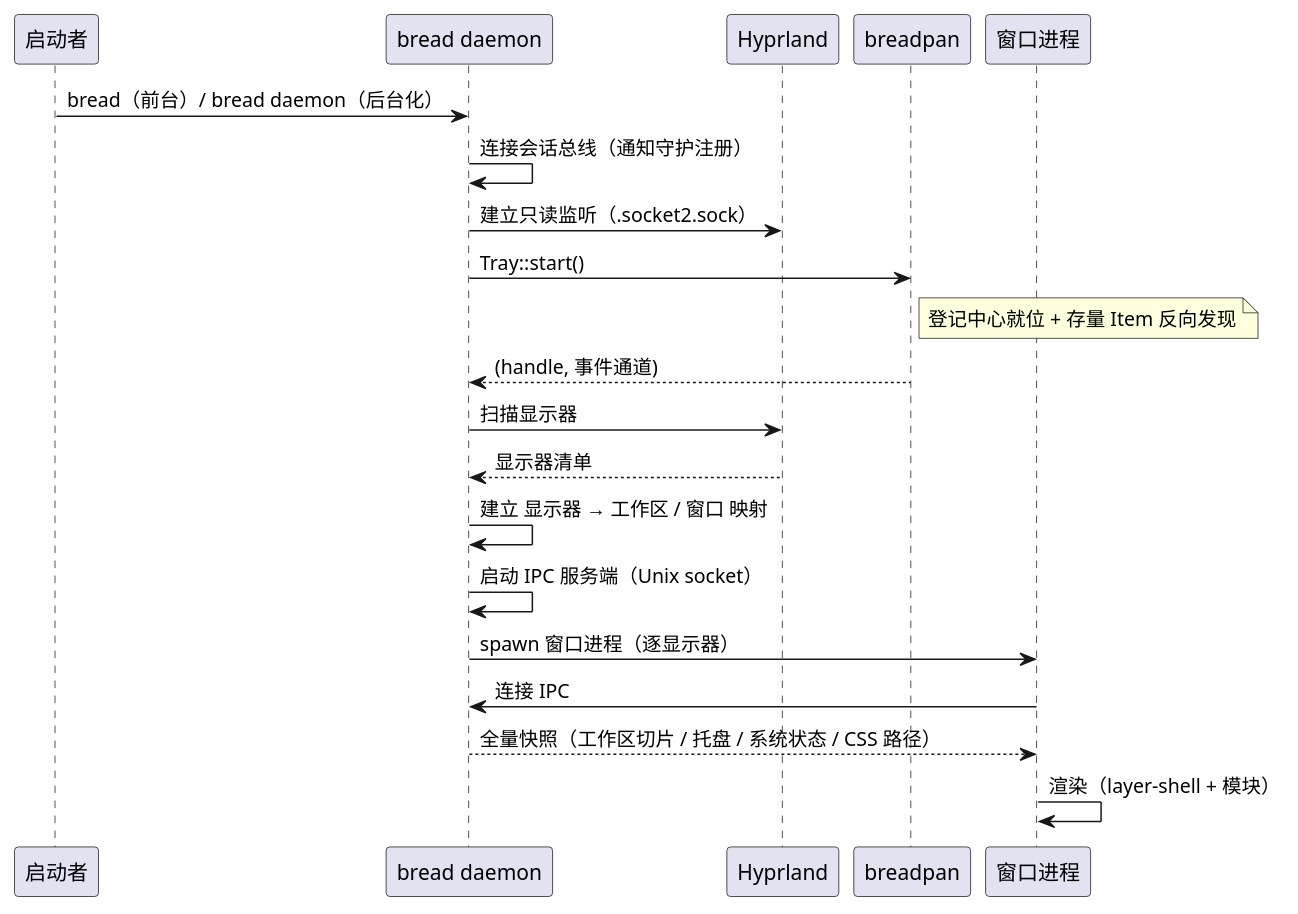
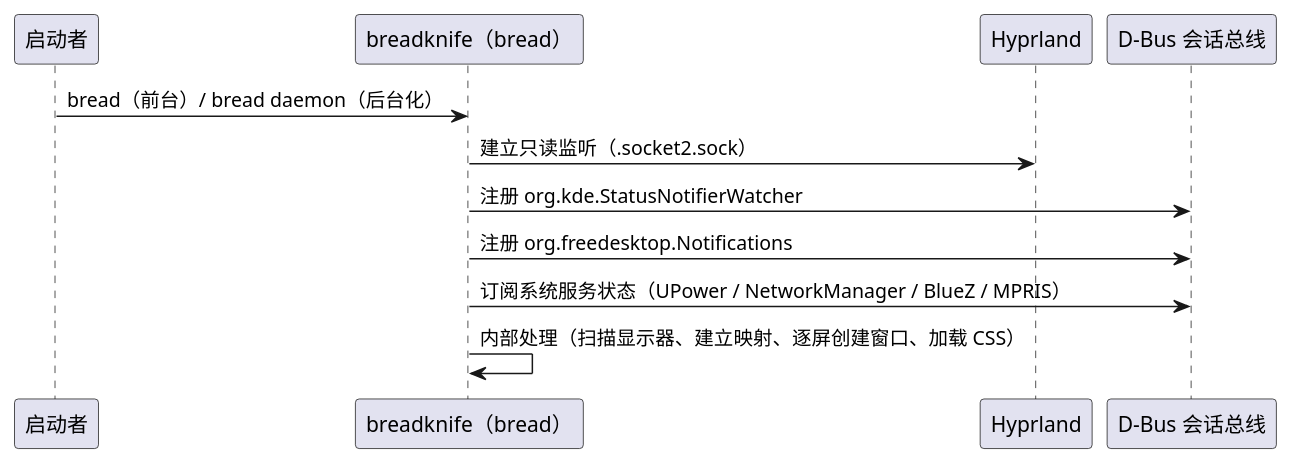
The diagram in diagram/breadknife-startup.puml (54m43lJ/BreadKnife), drawn with PlantUML before and after one commit. The commit also changed 43 other files, not shown here.

```diff
--- a/diagram/breadknife-startup.puml
+++ b/diagram/breadknife-startup.puml
@@ -1,24 +1,13 @@
 @startuml breadknife-startup
 participant 启动者
-participant "bread daemon" as daemon
+participant "breadknife（bread）" as bread
 participant Hyprland
-participant breadpan
-participant "窗口进程" as win
+participant "D-Bus 会话总线" as bus
 
-启动者 -> daemon: bread（前台）/ bread daemon（后台化）
-daemon -> daemon: 连接会话总线（通知守护注册）
-daemon -> Hyprland: 建立只读监听（.socket2.sock）
-daemon -> breadpan: Tray::start()
-note right of breadpan
-  登记中心就位 + 存量 Item 反向发现
-end note
-breadpan --> daemon: (handle, 事件通道)
-daemon -> Hyprland: 扫描显示器
-Hyprland --> daemon: 显示器清单
-daemon -> daemon: 建立 显示器 → 工作区 / 窗口 映射
-daemon -> daemon: 启动 IPC 服务端（Unix socket）
-daemon -> win: spawn 窗口进程（逐显示器）
-win -> daemon: 连接 IPC
-daemon --> win: 全量快照（工作区切片 / 托盘 / 系统状态 / CSS 路径）
-win -> win: 渲染（layer-shell + 模块）
+启动者 -> bread: bread（前台）/ bread daemon（后台化）
+bread -> Hyprland: 建立只读监听（.socket2.sock）
+bread -> bus: 注册 org.kde.StatusNotifierWatcher
+bread -> bus: 注册 org.freedesktop.Notifications
+bread -> bus: 订阅系统服务状态（UPower / NetworkManager / BlueZ / MPRIS）
+bread -> bread: 内部处理（扫描显示器、建立映射、逐屏创建窗口、加载 CSS）
 @enduml
```
